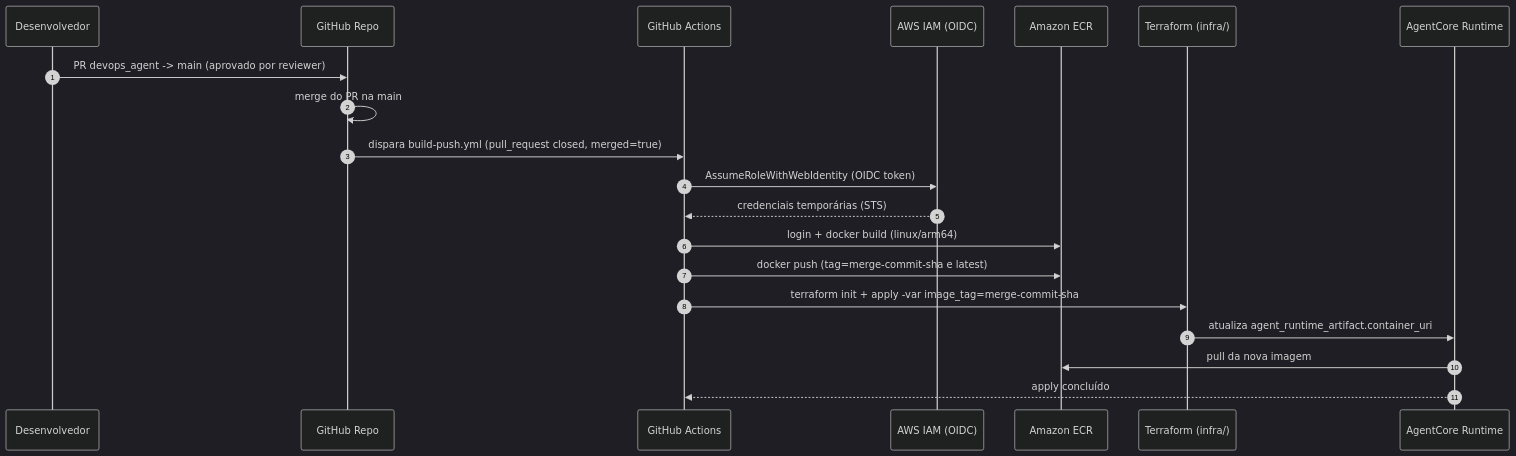
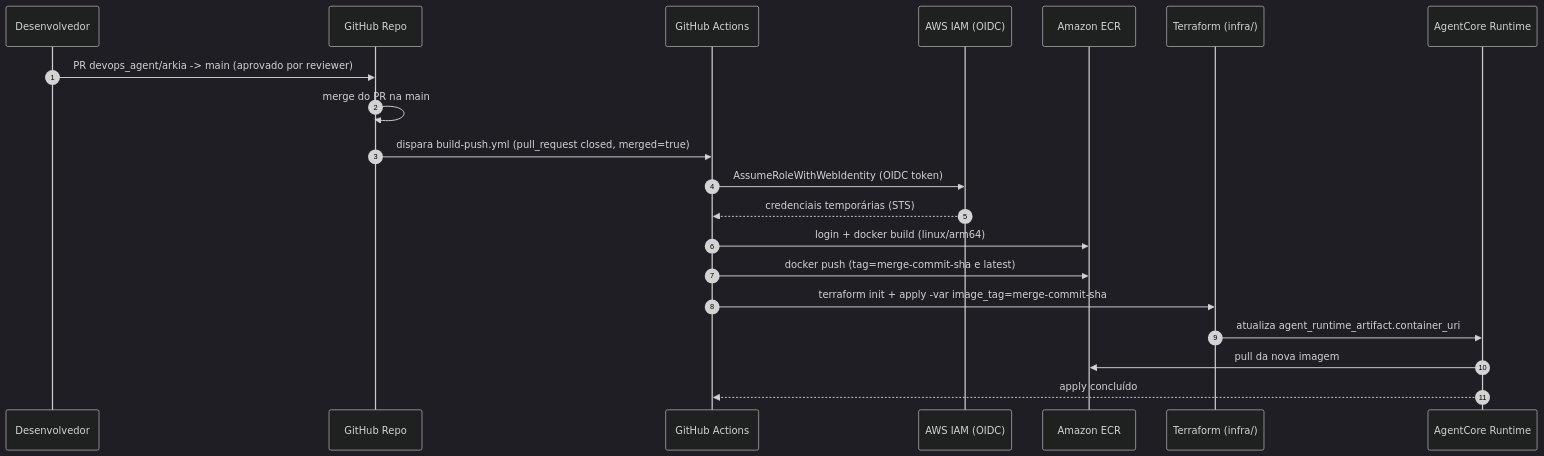
The second of 6 diagrams in ARCH.md (gabriesb/ARC.IA), drawn with Mermaid (dark theme) before and after one commit. The commit also changed other lines of this file and 1 other file, not shown here.

````diff
--- a/ARCH.md
+++ b/ARCH.md
@@ -55,23 +60,23 @@
 ```mermaid
 sequenceDiagram
     autonumber
     participant Dev as Desenvolvedor
     participant GH as GitHub Repo
     participant GHA as GitHub Actions
     participant IAM as AWS IAM (OIDC)
     participant ECR as Amazon ECR
     participant TF as Terraform (infra/)
     participant Runtime as AgentCore Runtime
 
-    Dev->>GH: PR devops_agent -> main (aprovado por reviewer)
+    Dev->>GH: PR devops_agent/arkia -> main (aprovado por reviewer)
     GH->>GH: merge do PR na main
     GH->>GHA: dispara build-push.yml (pull_request closed, merged=true)
     GHA->>IAM: AssumeRoleWithWebIdentity (OIDC token)
     IAM-->>GHA: credenciais temporárias (STS)
     GHA->>ECR: login + docker build (linux/arm64)
     GHA->>ECR: docker push (tag=merge-commit-sha e latest)
     GHA->>TF: terraform init + apply -var image_tag=merge-commit-sha
     TF->>Runtime: atualiza agent_runtime_artifact.container_uri
     Runtime->>ECR: pull da nova imagem
     Runtime-->>GHA: apply concluído
 ```
````
